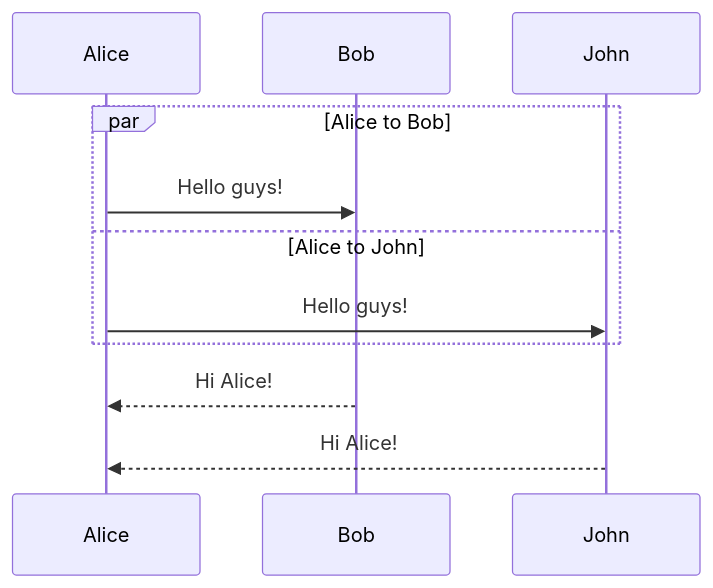
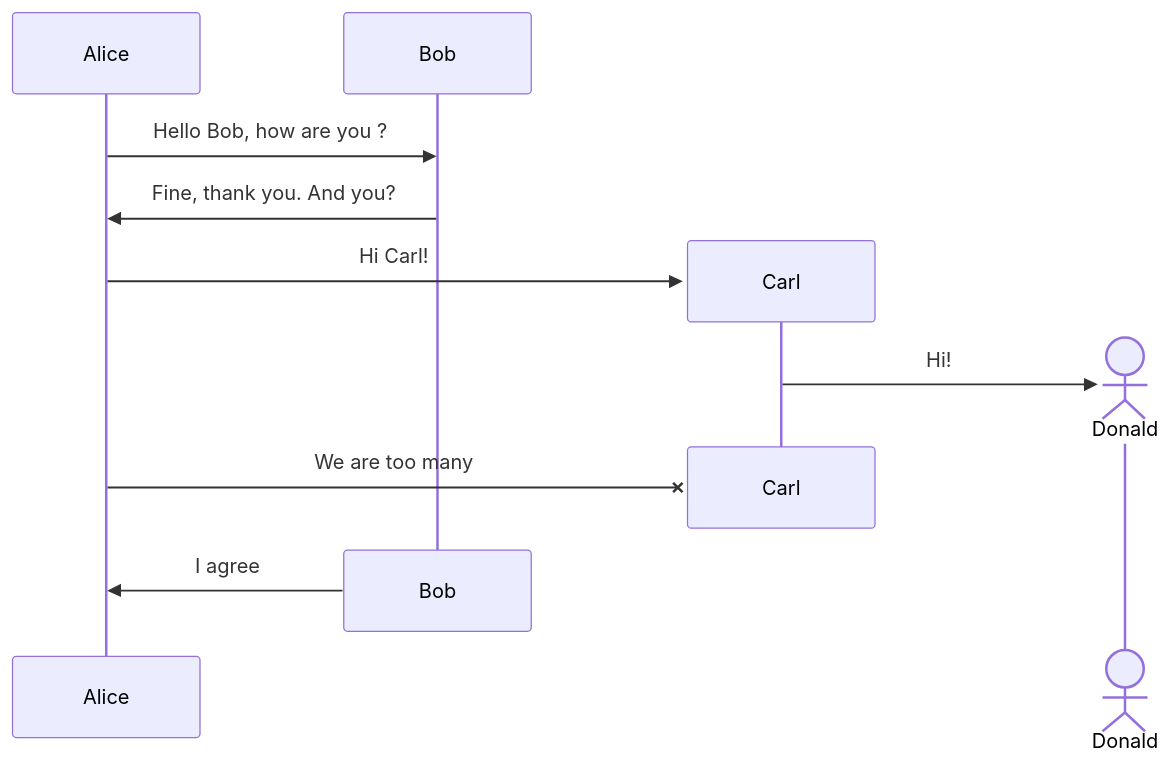
The second of 2 diagrams in blog/unity/tutorial/index.md (Jianyao17/blog-coding-2025), drawn with Mermaid before and after one commit. The commit also changed other lines of this file and 13 other files, not shown here.

````diff
--- a/blog/unity/tutorial/index.md
+++ b/blog/unity/tutorial/index.md
@@ -90,10 +136,14 @@
 ```mermaid
 sequenceDiagram
-    par Alice to Bob
-        Alice->>Bob: Hello guys!
-    and Alice to John
-        Alice->>John: Hello guys!
-    end
-    Bob-->>Alice: Hi Alice! 
-    John-->>Alice: Hi Alice! 
+    Alice->>Bob: Hello Bob, how are you ?
+    Bob->>Alice: Fine, thank you. And you?
+    create participant Carl
+    Alice->>Carl: Hi Carl!
+    create actor D as Donald
+    Carl->>D: Hi!
+    destroy Carl
+    Alice-xCarl: We are too many
+    destroy Bob
+    Bob->>Alice: I agree
+
 ```
````
